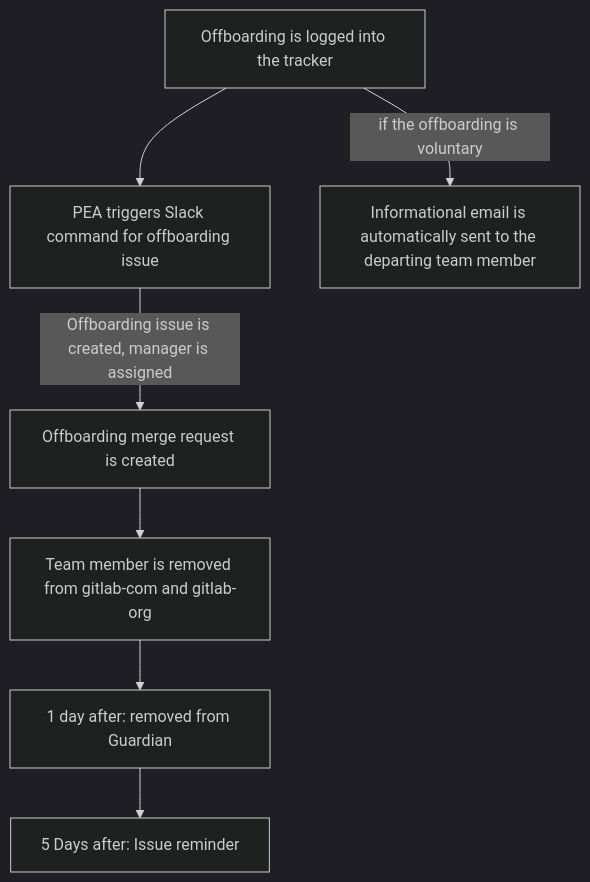
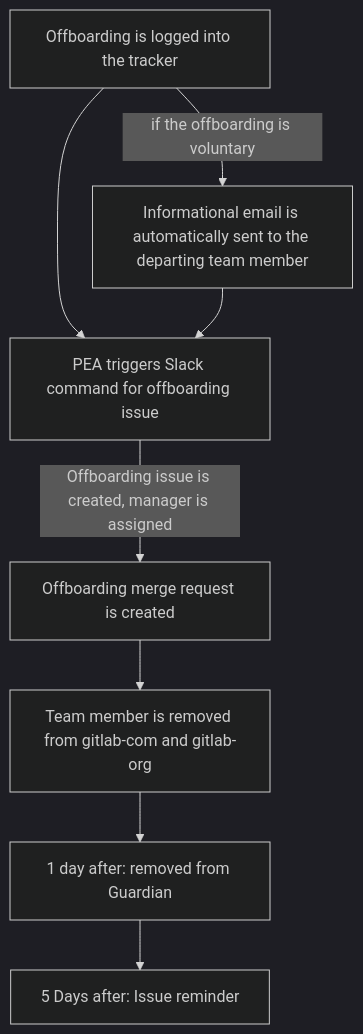
The diagram in people-group/engineering/offboarding/index.html.md (secretstartups/handbook), drawn with Mermaid (dark theme) before and after one commit. The commit also changed other lines of this file, not shown here.

Commit message:
Changes in timeline flow + actions are ordered as they appear in the timeline.

````diff
--- a/people-group/engineering/offboarding/index.html.md
+++ b/people-group/engineering/offboarding/index.html.md
@@ -21,11 +21,11 @@
 ```mermaid
 graph TD
   A[Offboarding is logged into the tracker] --> B
   A --> |if the offboarding is voluntary| G
   B[PEA triggers Slack command for offboarding issue] -->|Offboarding issue is created, manager is assigned| C
   C[Offboarding merge request is created] --> D
   D[Team member is removed from gitlab-com and gitlab-org] --> E
   E[1 day after: removed from Guardian] --> F
   F[5 Days after: Issue reminder]
-  G[Informational email is automatically sent to the departing team member]
+  G[Informational email is automatically sent to the departing team member] --> B
 ```
````
